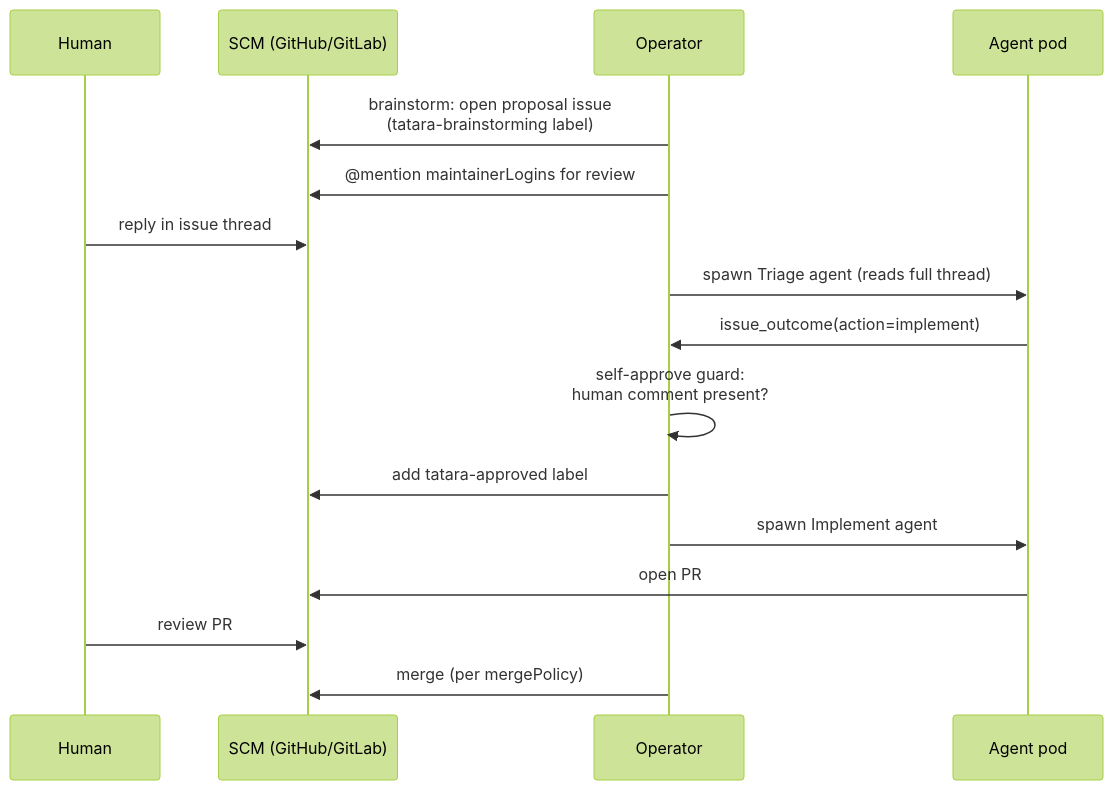
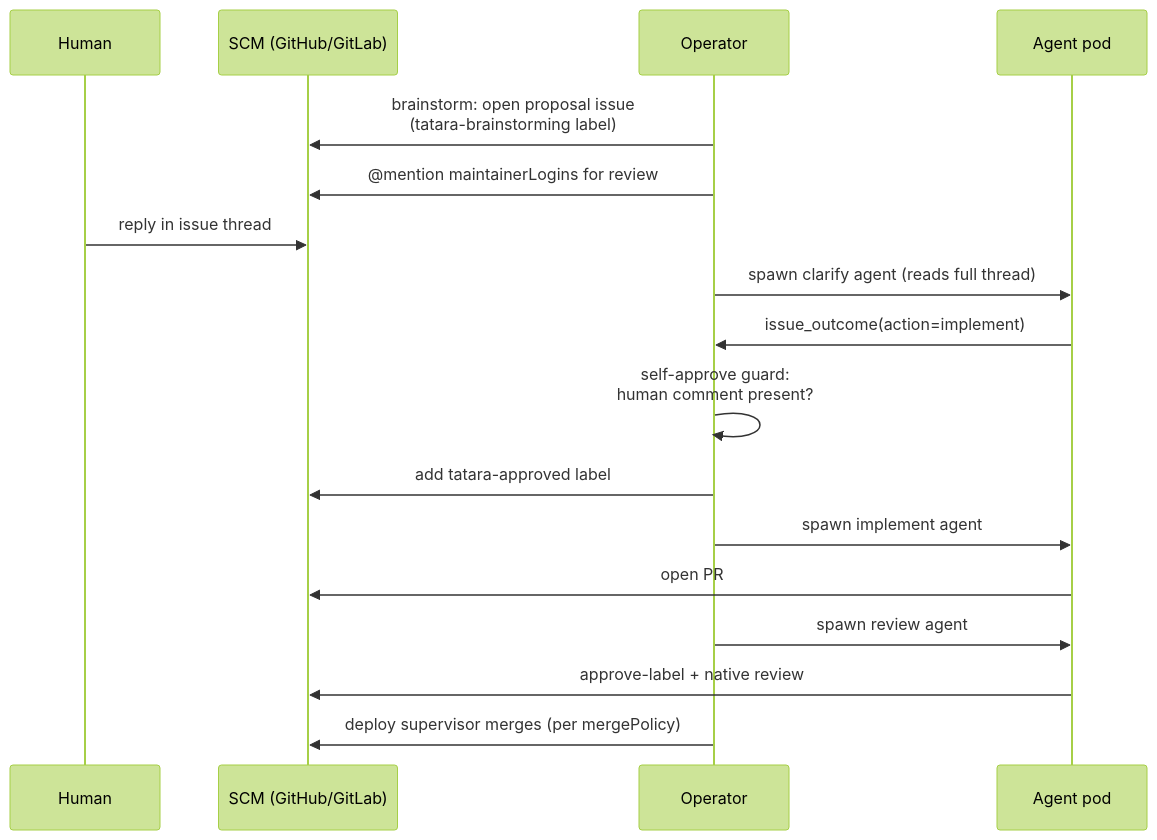
One commit to szymonrychu/tatara-documentation changed the first of 2 diagrams in docs/operations/security/approval-gates.md. Above: the diagram before and after it, drawn with Mermaid (forest theme). The commit also changed other lines of this file and 38 other files, not shown here.

````diff
--- a/docs/operations/security/approval-gates.md
+++ b/docs/operations/security/approval-gates.md
@@ -15,19 +16,20 @@
 ```mermaid
 sequenceDiagram
     participant H as Human
     participant SCM as SCM (GitHub/GitLab)
     participant OP as Operator
     participant AG as Agent pod
 
     OP->>SCM: brainstorm: open proposal issue<br/>(tatara-brainstorming label)
     OP->>SCM: @mention maintainerLogins for review
     H->>SCM: reply in issue thread
-    OP->>AG: spawn Triage agent (reads full thread)
+    OP->>AG: spawn clarify agent (reads full thread)
     AG->>OP: issue_outcome(action=implement)
     OP->>OP: self-approve guard:<br/>human comment present?
     OP->>SCM: add tatara-approved label
-    OP->>AG: spawn Implement agent
+    OP->>AG: spawn implement agent
     AG->>SCM: open PR
-    H->>SCM: review PR
-    OP->>SCM: merge (per mergePolicy)
+    OP->>AG: spawn review agent
+    AG->>SCM: approve-label + native review
+    OP->>SCM: deploy supervisor merges (per mergePolicy)
 ```
````
